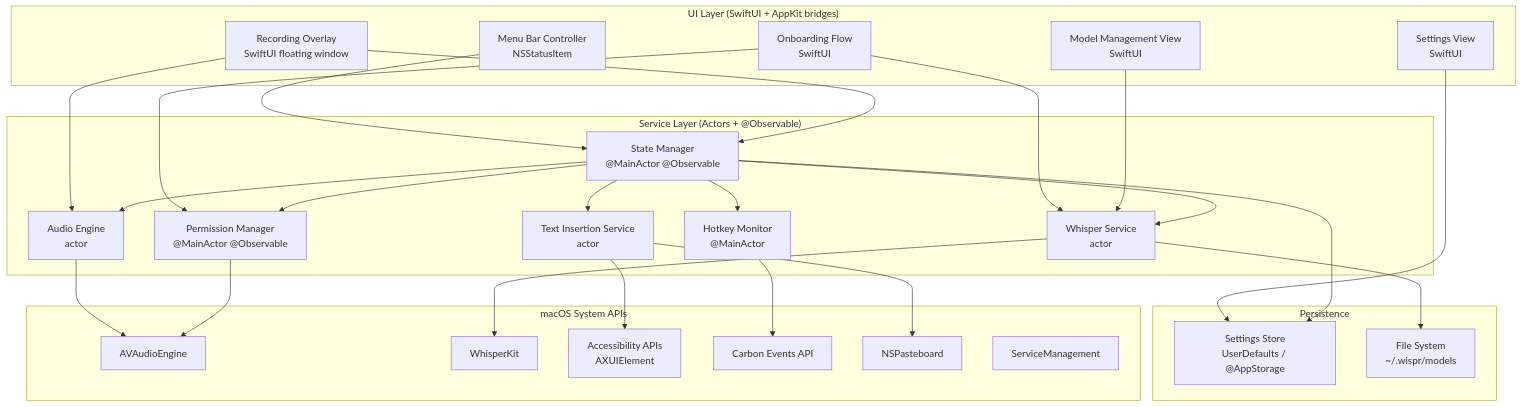
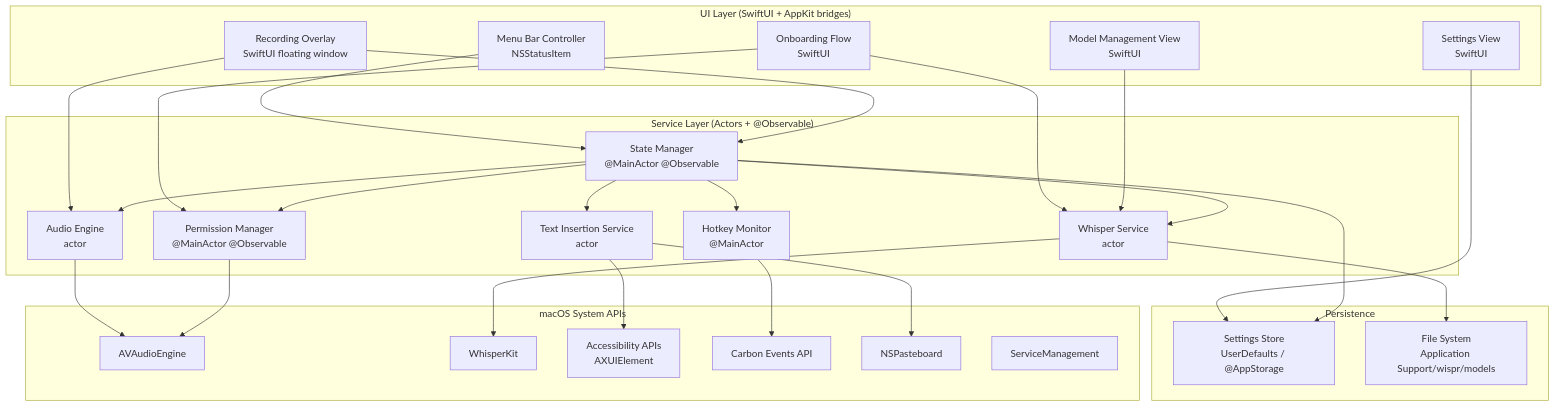
The first of 2 diagrams in .kiro/specs/wisp-voice-dictation/design.md (sebsto/wispr), drawn with Mermaid before and after one commit. The commit also changed other lines of this file and 5 other files, not shown here.

````diff
--- a/.kiro/specs/wisp-voice-dictation/design.md
+++ b/.kiro/specs/wisp-voice-dictation/design.md
@@ -24,56 +24,56 @@
 ```mermaid
 graph TB
     subgraph UI["UI Layer (SwiftUI + AppKit bridges)"]
         MBC[Menu Bar Controller<br/>NSStatusItem]
         RO[Recording Overlay<br/>SwiftUI floating window]
         SV[Settings View<br/>SwiftUI]
         OBF[Onboarding Flow<br/>SwiftUI]
         MMV[Model Management View<br/>SwiftUI]
     end
 
     subgraph Services["Service Layer (Actors + @Observable)"]
         SM[State Manager<br/>@MainActor @Observable]
         AE[Audio Engine<br/>actor]
         WS[Whisper Service<br/>actor]
         TIS[Text Insertion Service<br/>actor]
         HM[Hotkey Monitor<br/>@MainActor]
         PM[Permission Manager<br/>@MainActor @Observable]
     end
 
     subgraph Storage["Persistence"]
         SS[Settings Store<br/>UserDefaults / @AppStorage]
-        FS[File System<br/>~/.wispr/models]
+        FS[File System<br/>Application Support/wispr/models]
     end
 
     subgraph System["macOS System APIs"]
         AVF[AVAudioEngine]
         WK[WhisperKit]
         AX[Accessibility APIs<br/>AXUIElement]
         CB[Carbon Events API]
         PB[NSPasteboard]
         SM_FW[ServiceManagement]
     end
 
     MBC --> SM
     RO --> SM
     RO --> AE
     SV --> SS
     OBF --> PM
     OBF --> WS
     MMV --> WS
 
     SM --> AE
     SM --> WS
     SM --> TIS
     SM --> HM
     SM --> PM
 
     AE --> AVF
     WS --> WK
     WS --> FS
     TIS --> AX
     TIS --> PB
     HM --> CB
     SM --> SS
     PM --> AVF
 ```
````
